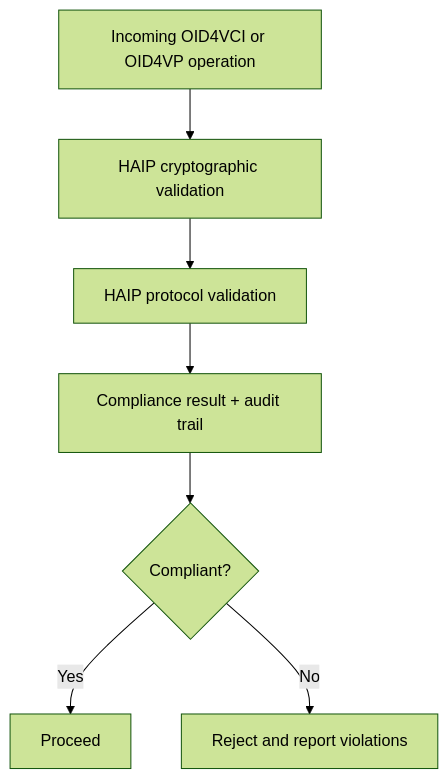
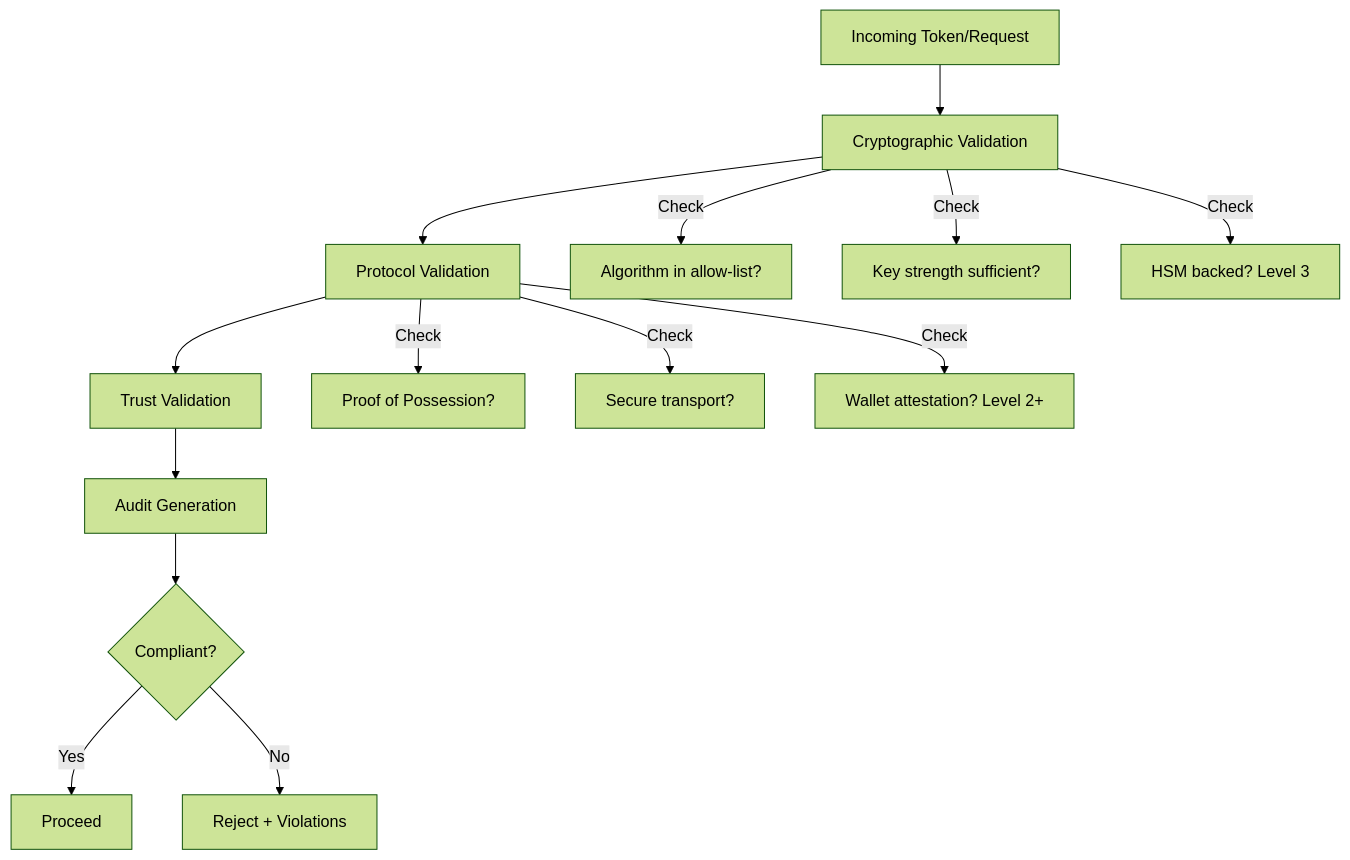
The second of 2 diagrams in docs/concepts/haip-deep-dive.md (openwallet-foundation-labs/sd-jwt-dotnet), drawn with Mermaid (forest theme) before and after one commit. The commit also changed other lines of this file and 24 other files, not shown here.

````diff
--- a/docs/concepts/haip-deep-dive.md
+++ b/docs/concepts/haip-deep-dive.md
@@ -47,9 +114,19 @@
 ```mermaid
-flowchart TB
-  Request[Incoming OID4VCI or OID4VP operation] --> Crypto[HAIP cryptographic validation]
-  Crypto --> Protocol[HAIP protocol validation]
-  Protocol --> Result[Compliance result + audit trail]
-  Result --> Decision{Compliant?}
-  Decision -->|Yes| Allow[Proceed]
-  Decision -->|No| Block[Reject and report violations]
+flowchart TD
+    Request[Incoming Token/Request] --> Crypto[Cryptographic Validation]
+    Crypto --> Protocol[Protocol Validation]
+    Protocol --> Trust[Trust Validation]
+    Trust --> Audit[Audit Generation]
+    Audit --> Result{Compliant?}
+    
+    Crypto --> |Check| Alg[Algorithm in allow-list?]
+    Crypto --> |Check| Key[Key strength sufficient?]
+    Crypto --> |Check| Hsm[HSM backed? Level 3]
+    
+    Protocol --> |Check| PoP[Proof of Possession?]
+    Protocol --> |Check| Transport[Secure transport?]
+    Protocol --> |Check| Attestation[Wallet attestation? Level 2+]
+    
+    Result -->|Yes| Allow[Proceed]
+    Result -->|No| Block[Reject + Violations]
 ```
````
